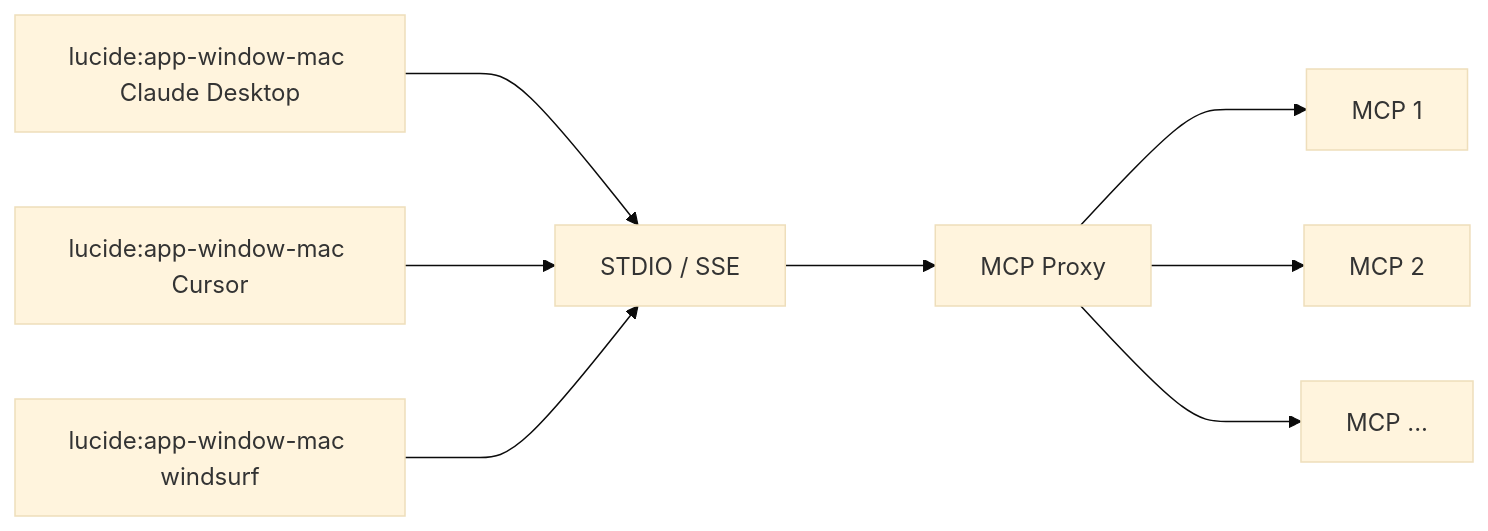
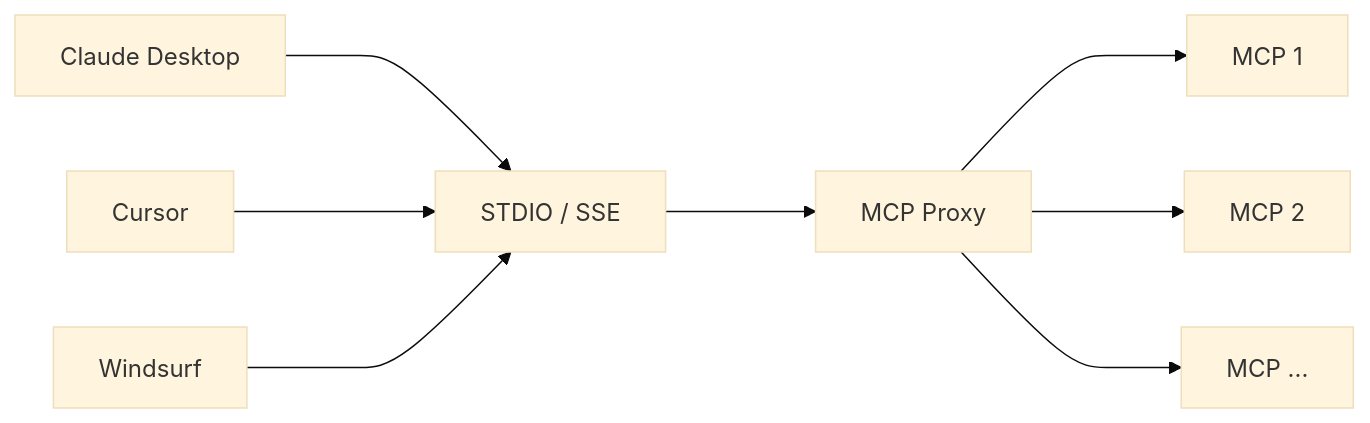
One commit to getmcp/mcp-proxy changed the diagram in README.md. Above: the diagram before and after it, drawn with Mermaid (base theme).

Commit message:
Remove icons

````diff
--- a/README.md
+++ b/README.md
@@ -3,11 +3,11 @@
 ```mermaid
 flowchart LR
 transport[STDIO / SSE]
-c1["lucide:app-window-mac Claude Desktop"] ---> transport
-c2["lucide:app-window-mac Cursor"] ---> transport
-c3["lucide:app-window-mac windsurf"] ---> transport
+c1["Claude Desktop"] ---> transport
+c2["Cursor"] ---> transport
+c3["Windsurf"] ---> transport
 transport ---> proxy[MCP Proxy]
 proxy ---> mcp1[MCP 1]
 proxy ---> mcp2[MCP 2]
 proxy ---> mcpn[MCP ...]
 ```
````
